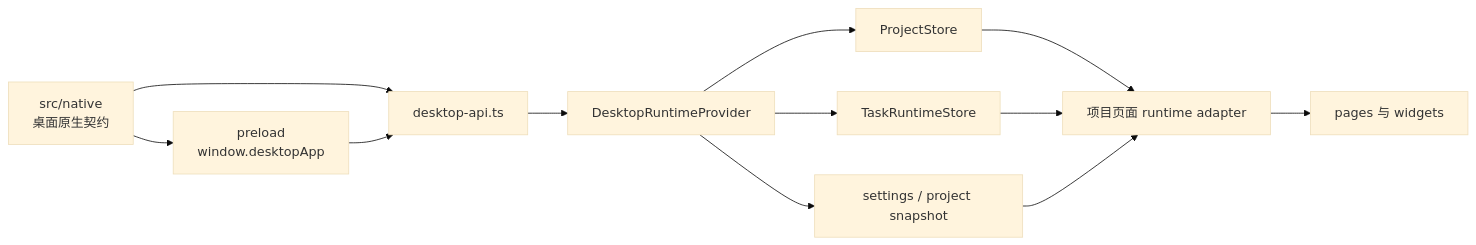
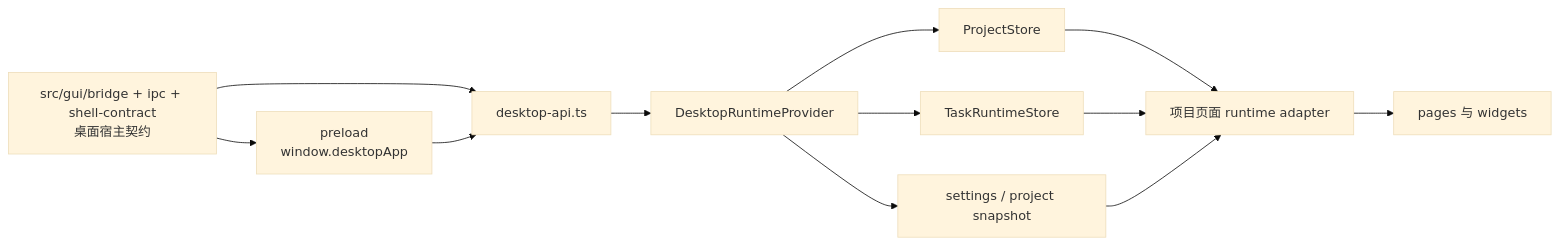
Before and after one commit to neavo/LinguaGacha: the diagram in docs/FRONTEND.md, drawn with Mermaid (base theme). The commit also changed other lines of this file and 400 other files, not shown here.

````diff
--- a/docs/FRONTEND.md
+++ b/docs/FRONTEND.md
@@ -7,14 +7,14 @@
 ```mermaid
 flowchart LR
-  X["src/native<br/>桌面原生契约"] --> A["preload<br/>window.desktopApp"]
+  X["src/gui/bridge + ipc + shell-contract<br/>桌面宿主契约"] --> A["preload<br/>window.desktopApp"]
   X --> B["desktop-api.ts"]
   A --> B
   B --> C["DesktopRuntimeProvider"]
   C --> D["ProjectStore"]
   C --> E["TaskRuntimeStore"]
   C --> H["settings / project snapshot"]
   D --> F["项目页面 runtime adapter"]
   E --> F
   H --> F
   F --> G["pages 与 widgets"]
 ```
````
